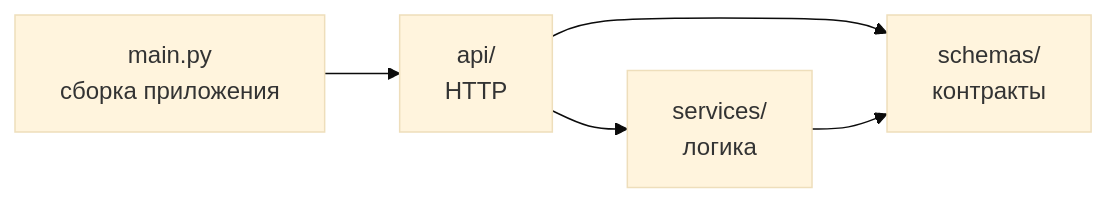
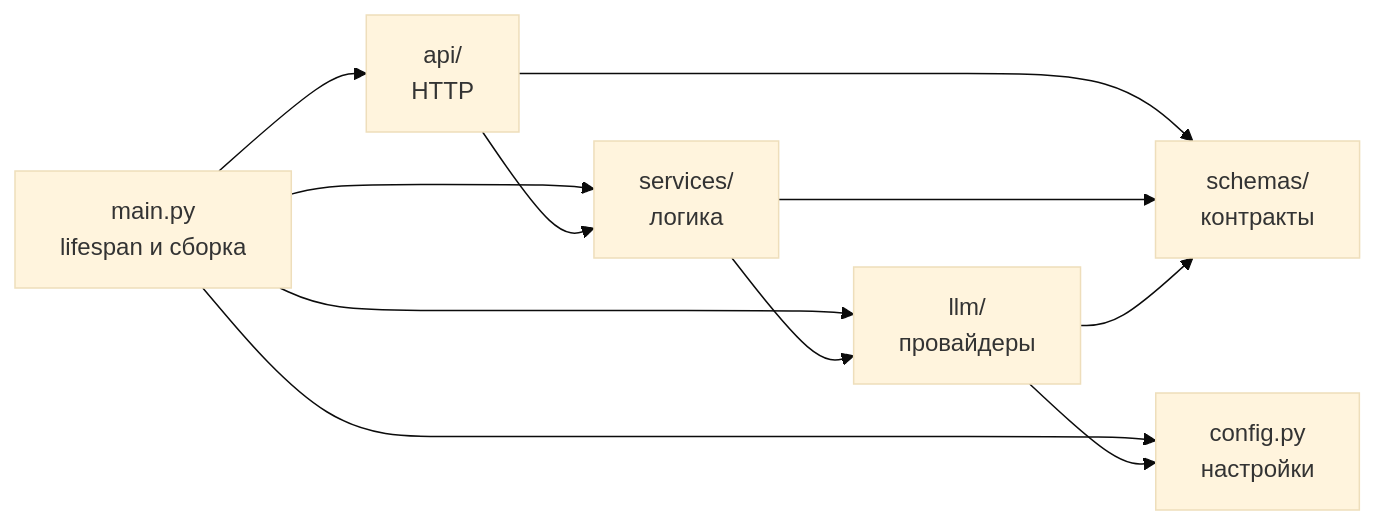
One commit to DelixeamI/llm-chat-api changed the second of 3 diagrams in docs/architecture.md. Above: the diagram before and after it, drawn with Mermaid (base theme). The commit also changed other lines of this file and 1 other file, not shown here.

````diff
--- a/docs/architecture.md
+++ b/docs/architecture.md
@@ -48,12 +63,20 @@
 ```mermaid
 flowchart LR
-    main[main.py<br/>сборка приложения]
+    main[main.py<br/>lifespan и сборка]
     api[api/<br/>HTTP]
     services[services/<br/>логика]
+    llm[llm/<br/>провайдеры]
     schemas[schemas/<br/>контракты]
+    config[config.py<br/>настройки]
 
     main --> api
+    main --> config
+    main --> llm
+    main --> services
     api --> services
     api --> schemas
+    services --> llm
     services --> schemas
+    llm --> schemas
+    llm --> config
 ```
````
